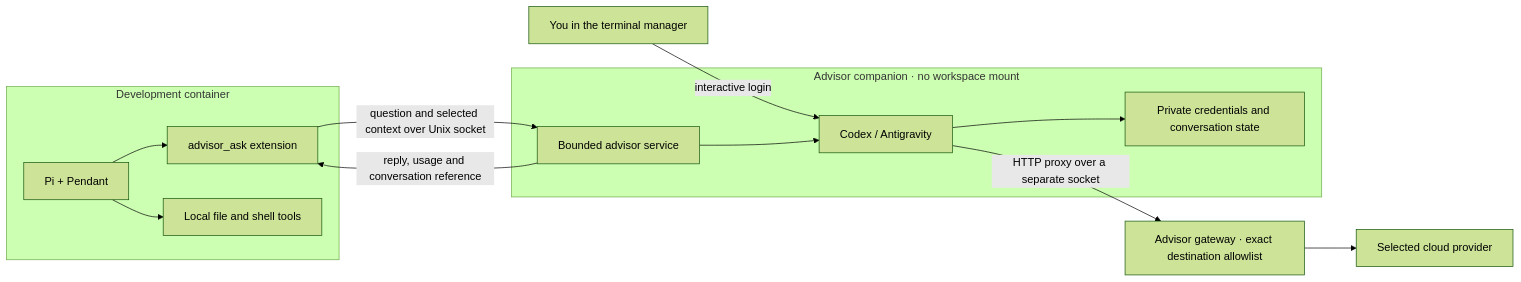
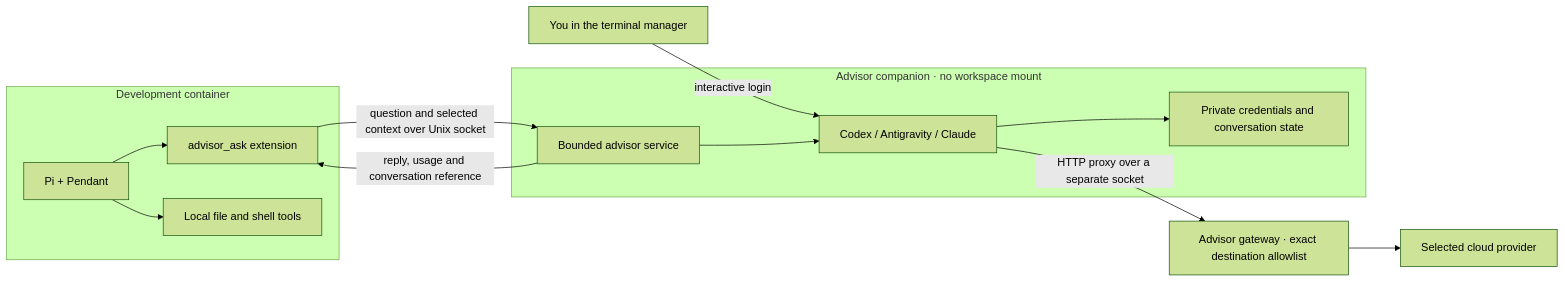
One commit to kyuz0/pi-sandbox-factory changed the diagram in docs/advisors.md. Above: the diagram before and after it, drawn with Mermaid (forest theme). The commit also changed other lines of this file and 12 other files, not shown here.

Commit message:
Add Claude advisor configuration and isolated companion login

````diff
--- a/docs/advisors.md
+++ b/docs/advisors.md
@@ -26,16 +27,16 @@
 ```mermaid
 flowchart LR
     USER[You in the terminal manager] -->|interactive login| CLI
     subgraph DEV[Development container]
         PI[Pi + Pendant] --> EXT[advisor_ask extension]
         PI --> TOOLS[Local file and shell tools]
     end
     EXT -->|question and selected context over Unix socket| RPC
     subgraph COMP[Advisor companion · no workspace mount]
-        RPC[Bounded advisor service] --> CLI[Codex / Antigravity]
+        RPC[Bounded advisor service] --> CLI[Codex / Antigravity / Claude]
         CLI --> HOME[Private credentials and conversation state]
     end
     CLI -->|HTTP proxy over a separate socket| PROXY[Advisor gateway · exact destination allowlist]
     PROXY --> CLOUD[Selected cloud provider]
     RPC -->|reply, usage and conversation reference| EXT
 ```
````
